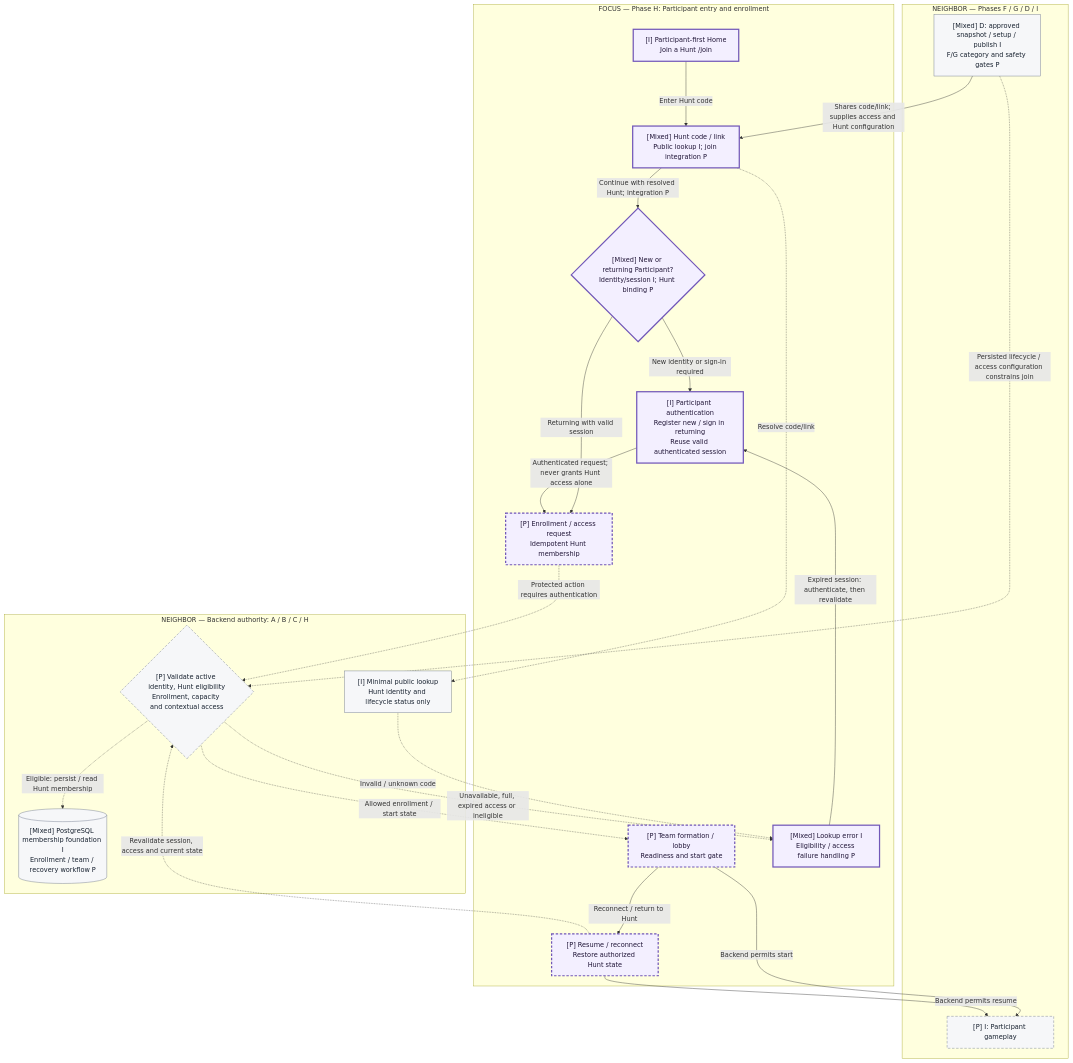
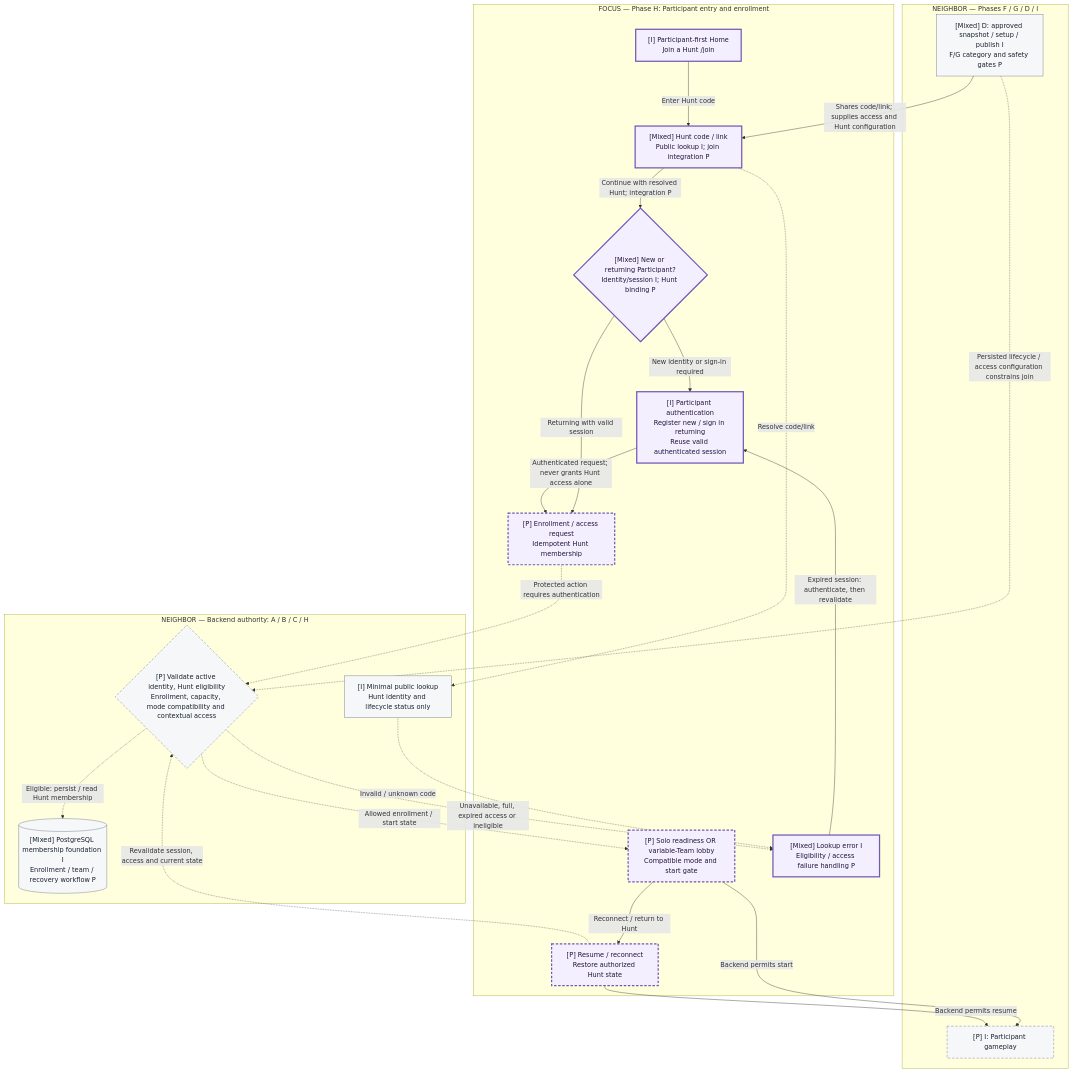
Diagram 11 of 19 in docs/TedixHunt_Prototype_Architecture_Implementation_Plan.md (tedixdev-arch/Tedix_Hunt_FE), drawn with Mermaid before and after one commit. The commit also changed other lines of this file and 1 other file, not shown here.

Commit message:
docs: reconcile Solo and adaptive Team participation architecture

````diff
--- a/docs/TedixHunt_Prototype_Architecture_Implementation_Plan.md
+++ b/docs/TedixHunt_Prototype_Architecture_Implementation_Plan.md
@@ -1788,46 +1837,46 @@
 ```mermaid
 flowchart TB
   subgraph entry["FOCUS — Phase H: Participant entry and enrollment"]
     home["[I] Participant-first Home<br/>Join a Hunt /join"]
     code["[Mixed] Hunt code / link<br/>Public lookup I; join integration P"]
     identity{"[Mixed] New or returning Participant?<br/>Identity/session I; Hunt binding P"}
     auth["[I] Participant authentication<br/>Register new / sign in returning<br/>Reuse valid authenticated session"]
     enroll["[P] Enrollment / access request<br/>Idempotent Hunt membership"]
-    ready["[P] Team formation / lobby<br/>Readiness and start gate"]
+    ready["[P] Solo readiness OR variable-Team lobby<br/>Compatible mode and start gate"]
     recover["[P] Resume / reconnect<br/>Restore authorized Hunt state"]
     failure["[Mixed] Lookup error I<br/>Eligibility / access failure handling P"]
     home -->|"Enter Hunt code"| code
     code -->|"Continue with resolved Hunt; integration P"| identity
     identity -->|"New identity or sign-in required"| auth
     identity -->|"Returning with valid session"| enroll
     auth -->|"Authenticated request; never grants Hunt access alone"| enroll
     ready -->|"Reconnect / return to Hunt"| recover
   end
   subgraph neighbors["NEIGHBOR — Phases F / G / D / I"]
     setup["[Mixed] D: approved snapshot / setup / publish I<br/>F/G category and safety gates P"]
     play["[P] I: Participant gameplay"]
     setup -->|"Shares code/link; supplies access and Hunt configuration"| code
     ready -->|"Backend permits start"| play
     recover -->|"Backend permits resume"| play
   end
   subgraph authority["NEIGHBOR — Backend authority: A / B / C / H"]
     lookup["[I] Minimal public lookup<br/>Hunt identity and lifecycle status only"]
-    validate{"[P] Validate active identity, Hunt eligibility<br/>Enrollment, capacity and contextual access"}
+    validate{"[P] Validate active identity, Hunt eligibility<br/>Enrollment, capacity, mode compatibility and contextual access"}
     records[("[Mixed] PostgreSQL membership foundation I<br/>Enrollment / team / recovery workflow P")]
     code -.->|"Resolve code/link"| lookup
     lookup -.->|"Invalid / unknown code"| failure
     enroll -.->|"Protected action requires authentication"| validate
     recover -.->|"Revalidate session, access and current state"| validate
     setup -.->|"Persisted lifecycle / access configuration constrains join"| validate
     validate -.->|"Eligible: persist / read Hunt membership"| records
     validate -.->|"Allowed enrollment / start state"| ready
     validate -.->|"Unavailable, full, expired access or ineligible"| failure
     failure -->|"Expired session: authenticate, then revalidate"| auth
   end
   classDef focus fill:#F3EFFF,stroke:#7157B8,stroke-width:3px,color:#211638;
   classDef neighbor fill:#F6F7F9,stroke:#667085,stroke-width:1px,color:#182230;
   classDef planned stroke-dasharray:6 4;
   class home,code,identity,auth,enroll,ready,recover,failure focus;
   class setup,play,lookup,validate,records neighbor;
   class enroll,ready,recover,play,validate planned;
 ```
````
